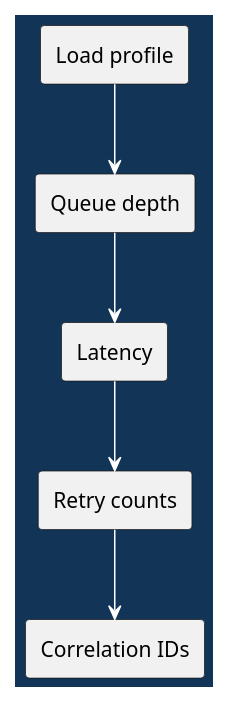
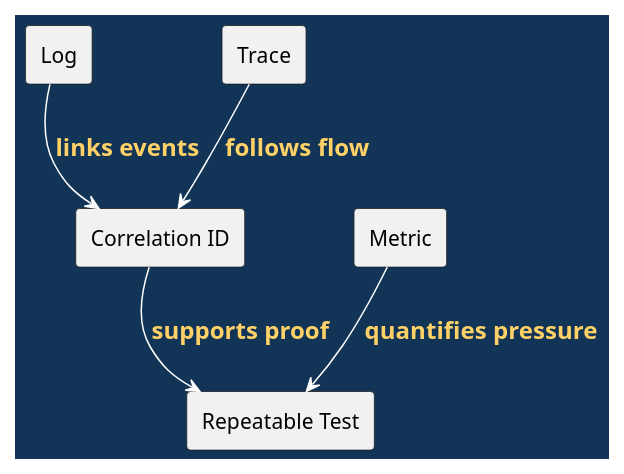
Before and after one commit to madajaju/CS5254: the third of 7 diagrams in doc/lectures/week12/observability_stress/README.slides.adoc, drawn with PlantUML. The commit also changed other lines of this file and 47 other files, not shown here.

```diff
--- a/doc/lectures/week12/observability_stress/README.slides.adoc
+++ b/doc/lectures/week12/observability_stress/README.slides.adoc
@@ -64,26 +67,29 @@
 [plantuml,width=100%]
 ----
 @startuml
 skinparam shadowing false
 skinparam backgroundColor #123456
 skinparam defaultFontColor black
 skinparam ArrowColor white
 skinparam ArrowFontColor #ffd166
 skinparam ArrowFontStyle bold
 skinparam ArrowFontSize 16
-skinparam object {
-  BackgroundColor white
-  BorderColor #123456
-  FontColor black
-}
-rectangle "Load profile" as L
-rectangle "Queue depth" as Q
-rectangle "Latency" as T
-rectangle "Retry counts" as R
-rectangle "Correlation IDs" as C
-L --> Q
-Q --> T
-T --> R
-R --> C
+skinparam BoxBackgroundColor white
+skinparam BoxFontColor black
+skinparam BoxBorderColor #123456
+skinparam ParticipantBorderColor #123456
+skinparam ParticipantBackgroundColor white
+skinparam ParticipantFontColor black
+skinparam LifeLineBorderColor white
+skinparam LifeLineBackgroundColor white
+rectangle "Log" as L
+rectangle "Trace" as T
+rectangle "Metric" as M
+rectangle "Correlation ID" as C
+rectangle "Repeatable Test" as R
+L --> C : links events
+T --> C : follows flow
+M --> R : quantifies pressure
+C --> R : supports proof
 @enduml
 ----
```
